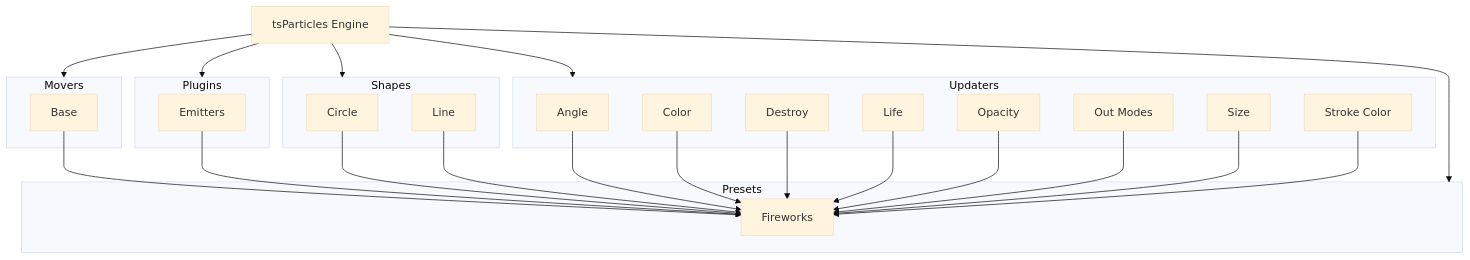
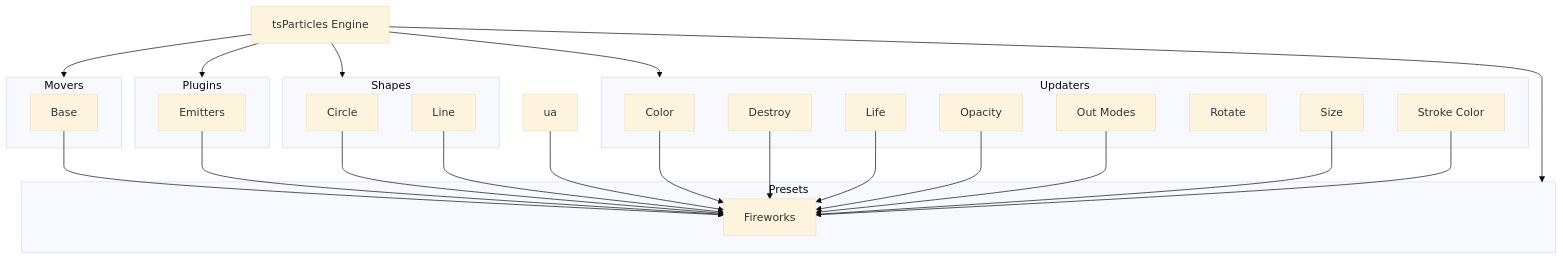
One commit to tsparticles/presets changed the diagram in presets/fireworks/README.md. Above: the diagram before and after it, drawn with Mermaid (base theme). The commit also changed other lines of this file and 18 other files, not shown here.

````diff
--- a/presets/fireworks/README.md
+++ b/presets/fireworks/README.md
@@ -170,43 +170,43 @@
 ```mermaid
 flowchart TD
 
 subgraph m [Movers]
 mb[Base]
 end
 
 e[tsParticles Engine] --> m
 
 subgraph pl [Plugins]
 ple[Emitters]
 end
 
 e --> pl
 
 subgraph s [Shapes]
 sc[Circle]
 sl[Line]
 end
 
 e --> s
 
 subgraph u [Updaters]
-ua[Angle]
 uc[Color]
 ud[Destroy]
 ul[Life]
 uop[Opacity]
 uou[Out Modes]
+ur[Rotate]
 usi[Size]
 ust[Stroke Color]
 end
 
 e --> u
 
 subgraph pr [Presets]
 prfw[Fireworks]
 end
 
 e --> pr
 
 mb & ple & sc & sl & ua & uc & ud & ul & uop & uou & usi & ust --> prfw
 ```
````
